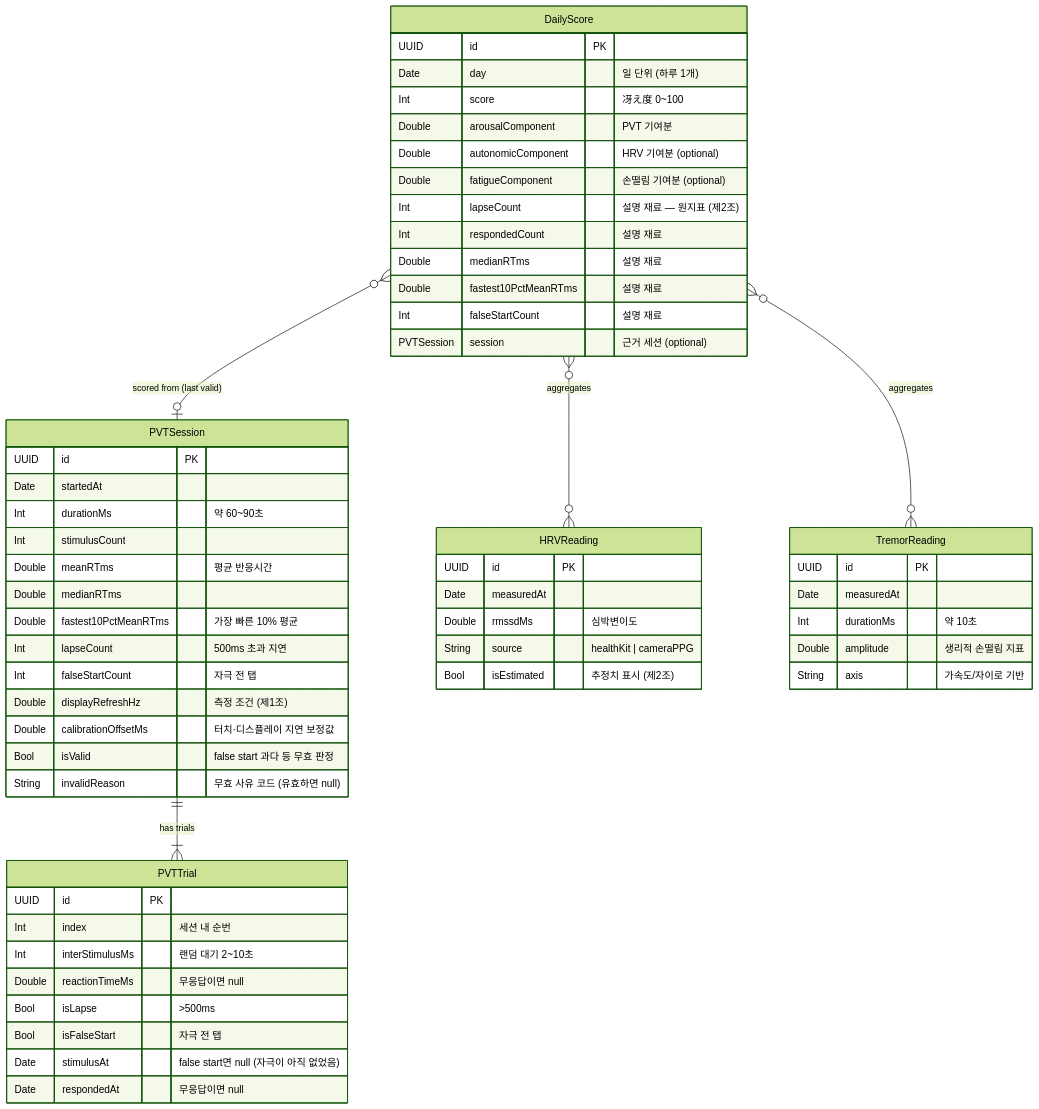
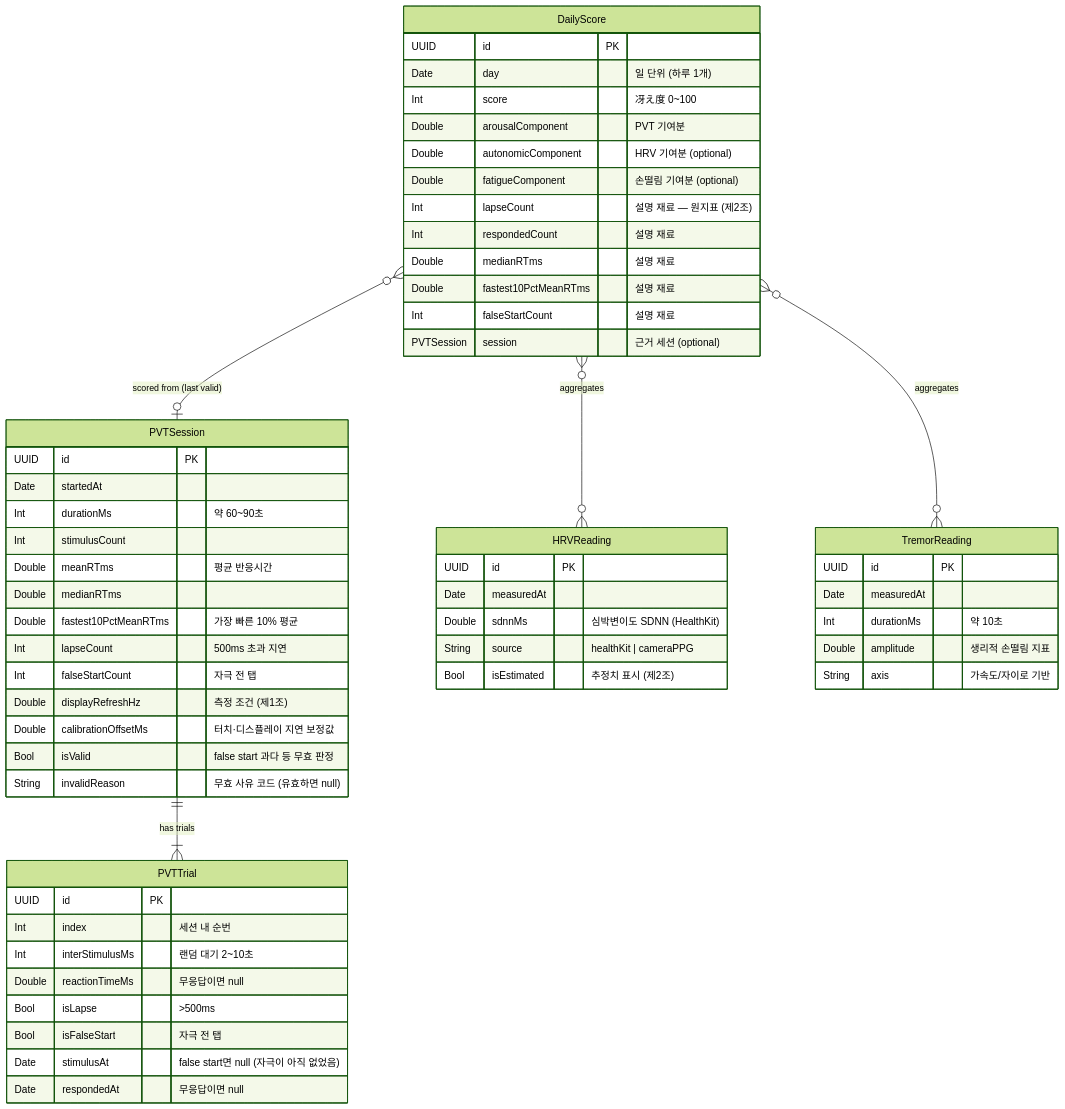
Before and after one commit to 2daKaizen-gun/sae: the diagram in docs/data-model.md, drawn with Mermaid (forest theme). The commit also changed other lines of this file and 3 other files, not shown here.

First line of the commit message:
docs: name the HRV metric HealthKit actually provides (SDNN)

````diff
--- a/docs/data-model.md
+++ b/docs/data-model.md
@@ -22,65 +22,65 @@
 ```mermaid
 erDiagram
     PVTSession ||--|{ PVTTrial : "has trials"
     DailyScore }o--o| PVTSession : "scored from (last valid)"
     DailyScore }o--o{ HRVReading : "aggregates"
     DailyScore }o--o{ TremorReading : "aggregates"
 
     PVTSession {
         UUID id PK
         Date startedAt
         Int durationMs "약 60~90초"
         Int stimulusCount
         Double meanRTms "평균 반응시간"
         Double medianRTms
         Double fastest10PctMeanRTms "가장 빠른 10% 평균"
         Int lapseCount "500ms 초과 지연"
         Int falseStartCount "자극 전 탭"
         Double displayRefreshHz "측정 조건 (제1조)"
         Double calibrationOffsetMs "터치·디스플레이 지연 보정값"
         Bool isValid "false start 과다 등 무효 판정"
         String invalidReason "무효 사유 코드 (유효하면 null)"
     }
 
     PVTTrial {
         UUID id PK
         Int index "세션 내 순번"
         Int interStimulusMs "랜덤 대기 2~10초"
         Double reactionTimeMs "무응답이면 null"
         Bool isLapse ">500ms"
         Bool isFalseStart "자극 전 탭"
         Date stimulusAt "false start면 null (자극이 아직 없었음)"
         Date respondedAt "무응답이면 null"
     }
 
     HRVReading {
         UUID id PK
         Date measuredAt
-        Double rmssdMs "심박변이도"
+        Double sdnnMs "심박변이도 SDNN (HealthKit)"
         String source "healthKit | cameraPPG"
         Bool isEstimated "추정치 표시 (제2조)"
     }
 
     TremorReading {
         UUID id PK
         Date measuredAt
         Int durationMs "약 10초"
         Double amplitude "생리적 손떨림 지표"
         String axis "가속도/자이로 기반"
     }
 
     DailyScore {
         UUID id PK
         Date day "일 단위 (하루 1개)"
         Int score "冴え度 0~100"
         Double arousalComponent "PVT 기여분"
         Double autonomicComponent "HRV 기여분 (optional)"
         Double fatigueComponent "손떨림 기여분 (optional)"
         Int lapseCount "설명 재료 — 원지표 (제2조)"
         Int respondedCount "설명 재료"
         Double medianRTms "설명 재료"
         Double fastest10PctMeanRTms "설명 재료"
         Int falseStartCount "설명 재료"
         PVTSession session "근거 세션 (optional)"
     }
 ```
````
